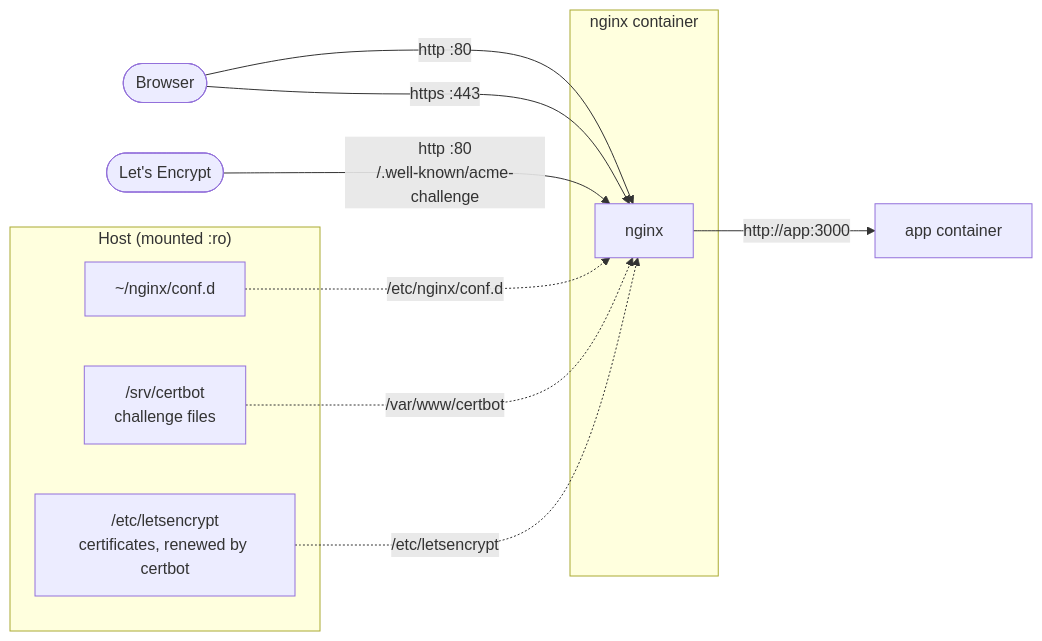
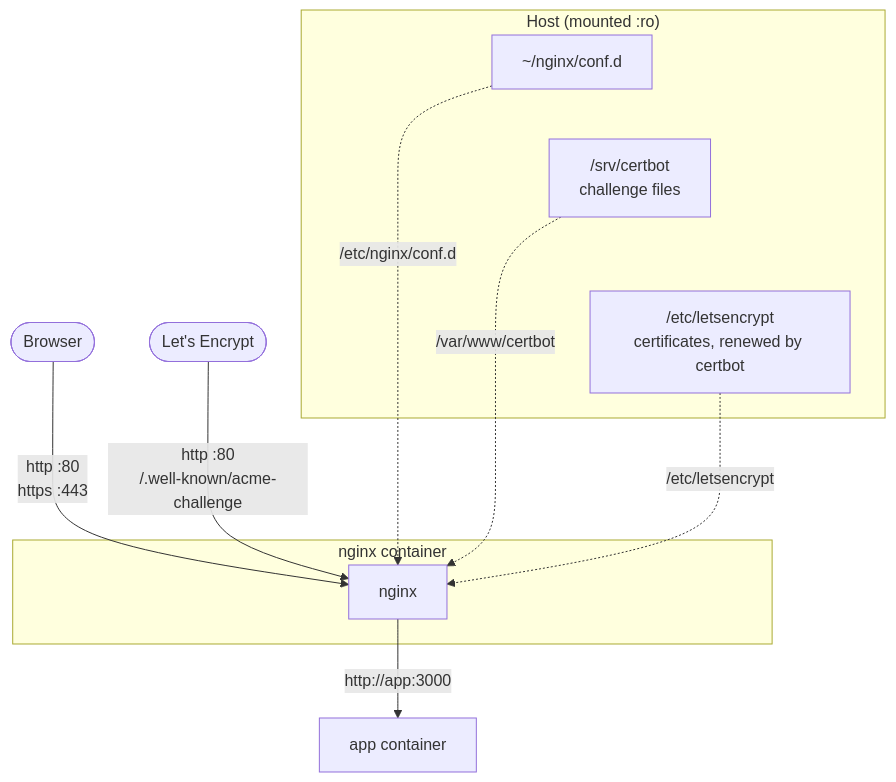
The second of 2 diagrams in _posts/2025-07-12-chapter-1-3-docker-nginx.md (e-choness/portfolio-site), drawn with Mermaid before and after one commit. The commit also changed 22 other files, not shown here.

Commit message:
improve diagram display

````diff
--- a/_posts/2025-07-12-chapter-1-3-docker-nginx.md
+++ b/_posts/2025-07-12-chapter-1-3-docker-nginx.md
@@ -111,18 +111,18 @@
 ```mermaid
-flowchart LR
-  u([Browser]) -- "http :80" --> n
-  u -- "https :443" --> n
+flowchart TD
+  u([Browser]) -- "http :80<br/>https :443" --> n
   le([Let's Encrypt]) -- "http :80<br/>/.well-known/acme-challenge" --> n
   subgraph C["nginx container"]
     n[nginx]
   end
   subgraph H["Host (mounted :ro)"]
     conf["~/nginx/conf.d"]
     acme["/srv/certbot<br/>challenge files"]
     certs["/etc/letsencrypt<br/>certificates, renewed by certbot"]
+    conf ~~~ acme ~~~ certs
   end
   conf -. "/etc/nginx/conf.d" .-> n
   acme -. "/var/www/certbot" .-> n
   certs -. "/etc/letsencrypt" .-> n
   n -- "http://app:3000" --> a[app container]
 ```
````
